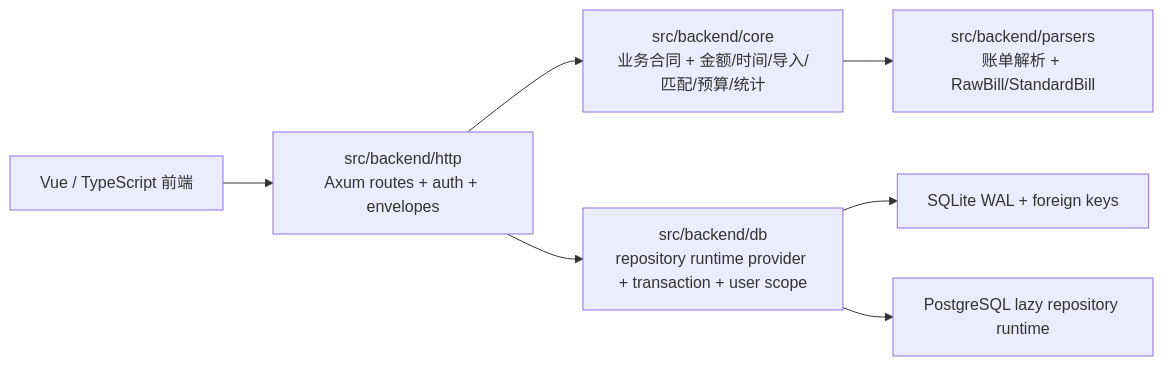
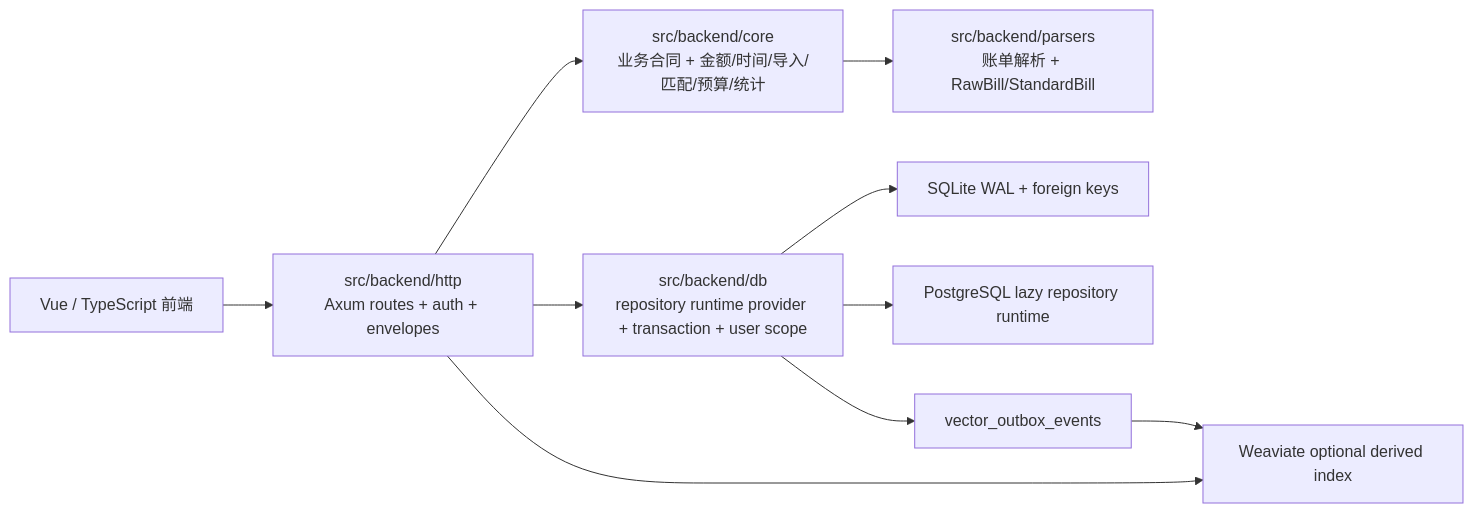
The first of 4 diagrams in docs/backend-map.md (hcy0317/bill_analyser), drawn with Mermaid before and after one commit. The commit also changed other lines of this file and 27 other files, not shown here.

First line of the commit message:
feat(vector): 增加可选 Weaviate 派生索引 (#150)

````diff
--- a/docs/backend-map.md
+++ b/docs/backend-map.md
@@ -10,9 +10,12 @@
 ```mermaid
 flowchart LR
   Web["Vue / TypeScript 前端"] --> Http["src/backend/http\nAxum routes + auth + envelopes"]
   Http --> Core["src/backend/core\n业务合同 + 金额/时间/导入/匹配/预算/统计"]
   Http --> Db["src/backend/db\nrepository runtime provider + transaction + user scope"]
   Core --> Parsers["src/backend/parsers\n账单解析 + RawBill/StandardBill"]
   Db --> SQLite["SQLite WAL + foreign keys"]
   Db --> Postgres["PostgreSQL lazy repository runtime"]
+  Http --> Weaviate["Weaviate optional derived index"]
+  Db --> Outbox["vector_outbox_events"]
+  Outbox --> Weaviate
 ```
````
